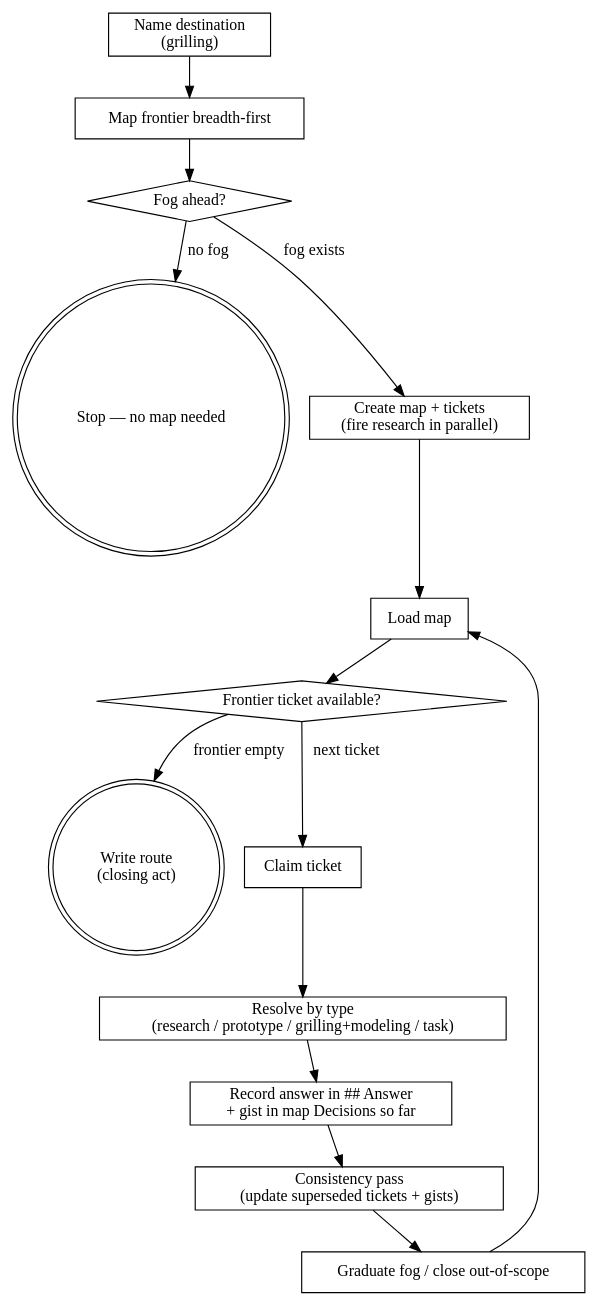
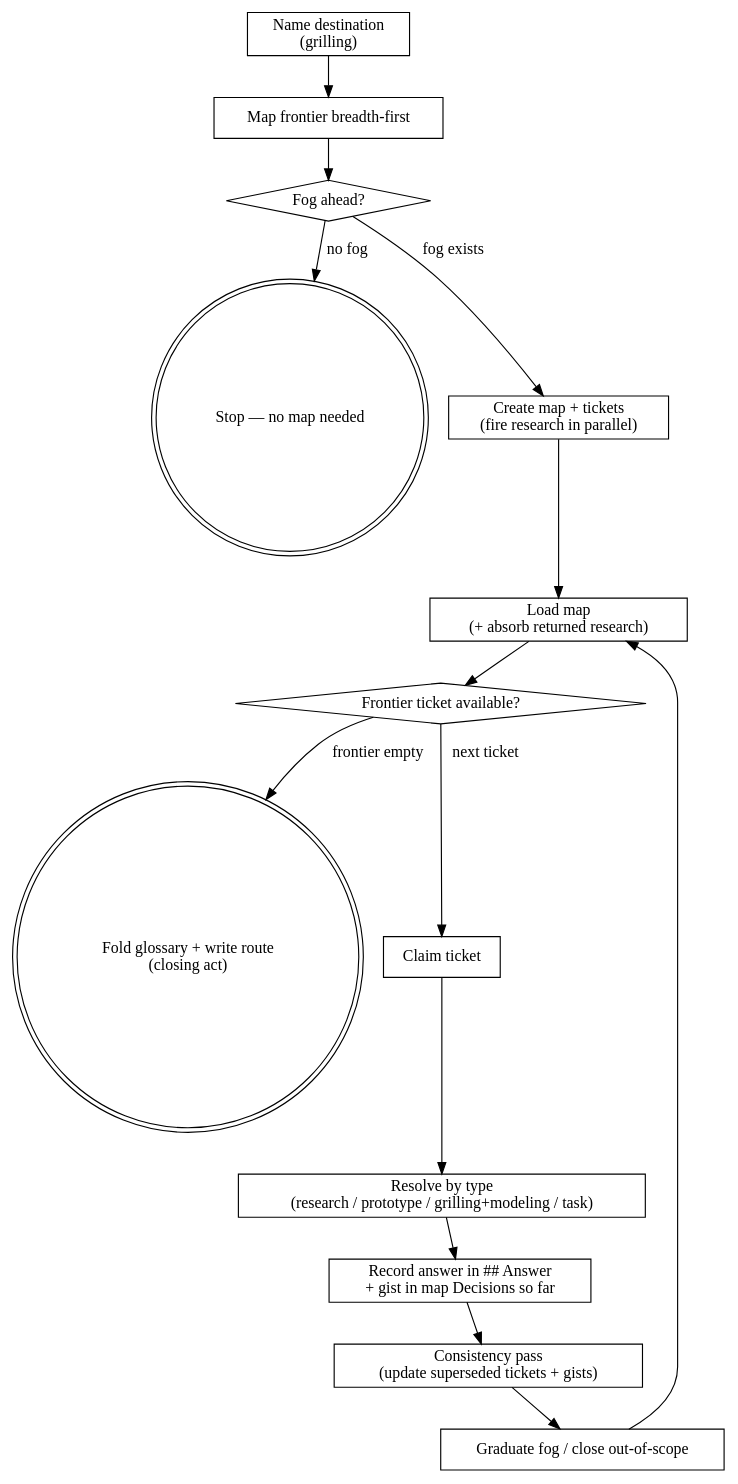
One commit to caiorcferreira/hamilton changed the diagram in skills/hamilton-wayfinder/SKILL.md. Above: the diagram before and after it, drawn with Graphviz. The commit also changed 2 other files, not shown here.

Commit message:
docs(skills): digraph sweep — sync every process-flow diagram with its prose
Prototype's capture node folds into the real artifact; wayfinder's Load
map absorbs returned research and the closing act folds the glossary;
propose's workspace node shows the map-aware flip. Edge/node consistency
validated for every changed digraph.

Final sweep of wayfinder-skills-action-plan.md.

Claude-Session: https://claude.ai/code/session_016QEiFwULPjcX4Q5RQkDWY7

````diff
--- a/skills/hamilton-wayfinder/SKILL.md
+++ b/skills/hamilton-wayfinder/SKILL.md
@@ -97,31 +97,31 @@
 ```dot
 digraph hamilton_wayfinder {
     "Name destination\n(grilling)" [shape=box];
     "Map frontier breadth-first" [shape=box];
     "Fog ahead?" [shape=diamond];
     "Stop — no map needed" [shape=doublecircle];
     "Create map + tickets\n(fire research in parallel)" [shape=box];
-    "Load map" [shape=box];
+    "Load map\n(+ absorb returned research)" [shape=box];
     "Frontier ticket available?" [shape=diamond];
-    "Write route\n(closing act)" [shape=doublecircle];
+    "Fold glossary + write route\n(closing act)" [shape=doublecircle];
     "Claim ticket" [shape=box];
     "Resolve by type\n(research / prototype / grilling+modeling / task)" [shape=box];
     "Record answer in ## Answer\n+ gist in map Decisions so far" [shape=box];
     "Consistency pass\n(update superseded tickets + gists)" [shape=box];
     "Graduate fog / close out-of-scope" [shape=box];
 
     "Name destination\n(grilling)" -> "Map frontier breadth-first";
     "Map frontier breadth-first" -> "Fog ahead?";
     "Fog ahead?" -> "Stop — no map needed" [label="no fog"];
     "Fog ahead?" -> "Create map + tickets\n(fire research in parallel)" [label="fog exists"];
-    "Create map + tickets\n(fire research in parallel)" -> "Load map";
-    "Load map" -> "Frontier ticket available?";
-    "Frontier ticket available?" -> "Write route\n(closing act)" [label="frontier empty"];
+    "Create map + tickets\n(fire research in parallel)" -> "Load map\n(+ absorb returned research)";
+    "Load map\n(+ absorb returned research)" -> "Frontier ticket available?";
+    "Frontier ticket available?" -> "Fold glossary + write route\n(closing act)" [label="frontier empty"];
     "Frontier ticket available?" -> "Claim ticket" [label="next ticket"];
     "Claim ticket" -> "Resolve by type\n(research / prototype / grilling+modeling / task)";
     "Resolve by type\n(research / prototype / grilling+modeling / task)" -> "Record answer in ## Answer\n+ gist in map Decisions so far";
     "Record answer in ## Answer\n+ gist in map Decisions so far" -> "Consistency pass\n(update superseded tickets + gists)";
     "Consistency pass\n(update superseded tickets + gists)" -> "Graduate fog / close out-of-scope";
-    "Graduate fog / close out-of-scope" -> "Load map";
+    "Graduate fog / close out-of-scope" -> "Load map\n(+ absorb returned research)";
 }
 ```
````
